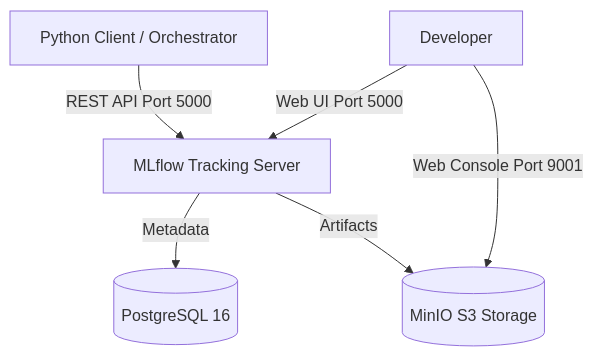
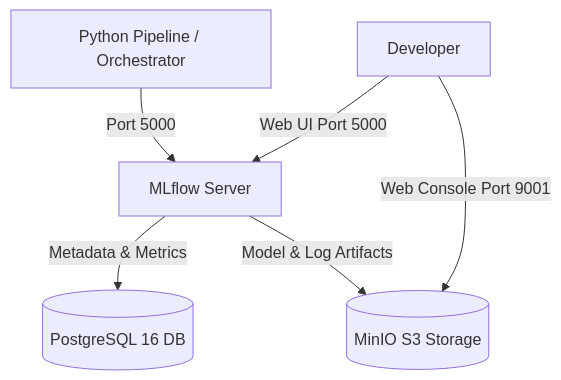
Before and after one commit to sid-146/mlflow-experience: the diagram in docs/infrastructure/docker-compose.md, drawn with Mermaid. The commit also changed other lines of this file and 32 other files, not shown here.

````diff
--- a/docs/infrastructure/docker-compose.md
+++ b/docs/infrastructure/docker-compose.md
@@ -9,8 +9,8 @@
 ```mermaid
 graph TD
-    Client[Python Client / Orchestrator] -->|REST API Port 5000| MLflow[MLflow Tracking Server]
-    MLflow -->|Metadata| Postgres[(PostgreSQL 16)]
-    MLflow -->|Artifacts| MinIO[(MinIO S3 Storage)]
+    Client[Python Pipeline / Orchestrator] -->|Port 5000| MLflow[MLflow Server]
+    MLflow -->|Metadata & Metrics| Postgres[(PostgreSQL 16 DB)]
+    MLflow -->|Model & Log Artifacts| MinIO[(MinIO S3 Storage)]
     User[Developer] -->|Web UI Port 5000| MLflow
     User -->|Web Console Port 9001| MinIO
 ```
````
